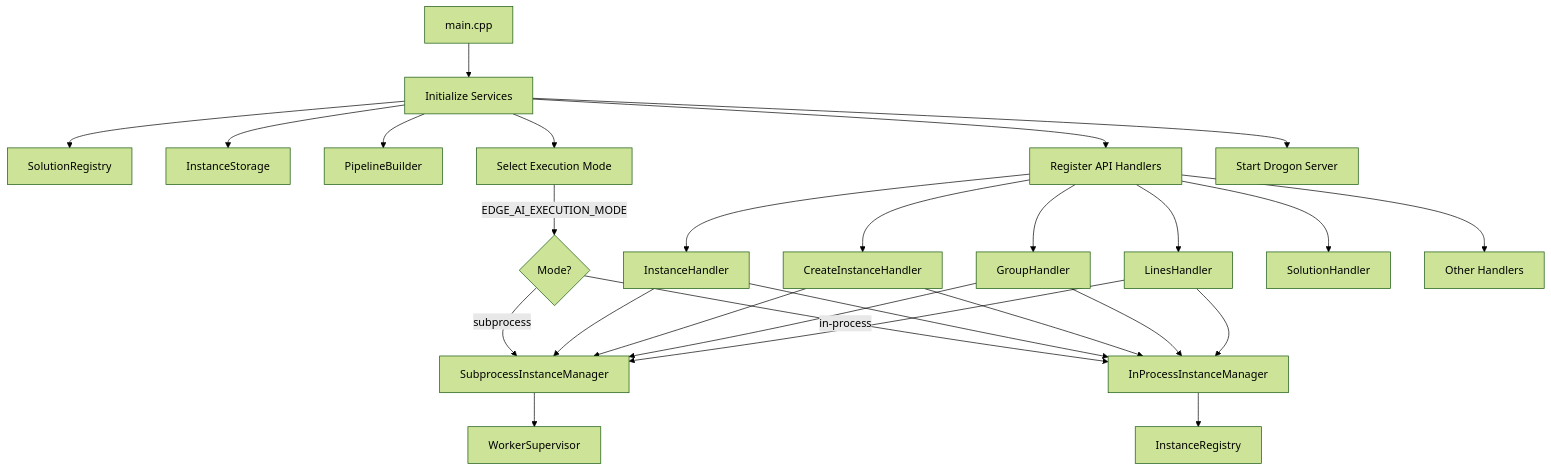
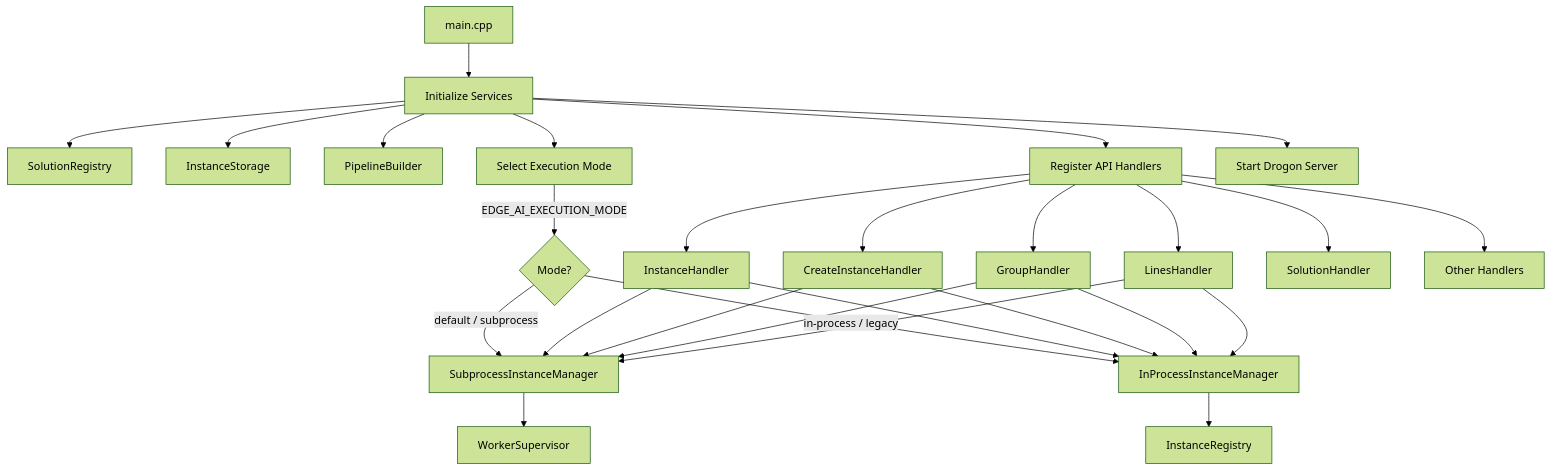
The fourth of 13 diagrams in docs/ARCHITECTURE.md (cvedix/omniapi), drawn with Mermaid (forest theme) before and after one commit. The commit also changed other lines of this file and 6 other files, not shown here.

````diff
--- a/docs/ARCHITECTURE.md
+++ b/docs/ARCHITECTURE.md
@@ -104,34 +104,34 @@
 ```mermaid
 graph TB
     A[main.cpp] --> B[Initialize Services]
     B --> C[SolutionRegistry]
     B --> D[InstanceStorage]
     B --> E[PipelineBuilder]
 
     B --> F[Select Execution Mode]
     F -->|EDGE_AI_EXECUTION_MODE| G{Mode?}
-    G -->|subprocess| H[SubprocessInstanceManager]
-    G -->|in-process| I[InProcessInstanceManager]
+    G -->|default / subprocess| H[SubprocessInstanceManager]
+    G -->|in-process / legacy| I[InProcessInstanceManager]
 
     H --> J[WorkerSupervisor]
     I --> K[InstanceRegistry]
 
     B --> L[Register API Handlers]
     L --> M[InstanceHandler]
     L --> N[CreateInstanceHandler]
     L --> O[GroupHandler]
     L --> P[LinesHandler]
     L --> Q[SolutionHandler]
     L --> R[Other Handlers]
 
     M --> H
     M --> I
     N --> H
     N --> I
     O --> H
     O --> I
     P --> H
     P --> I
 
     B --> S[Start Drogon Server]
 ```
````
